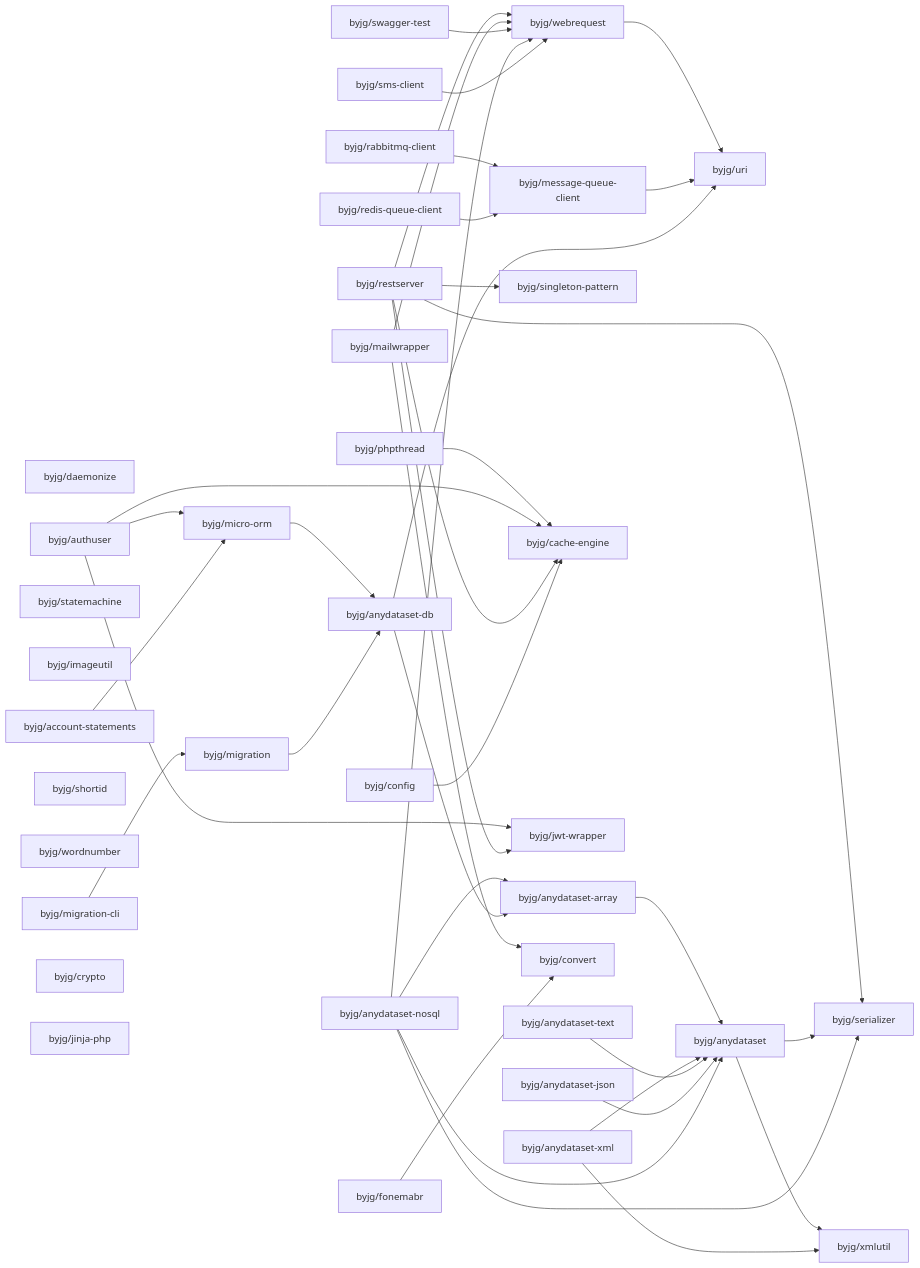
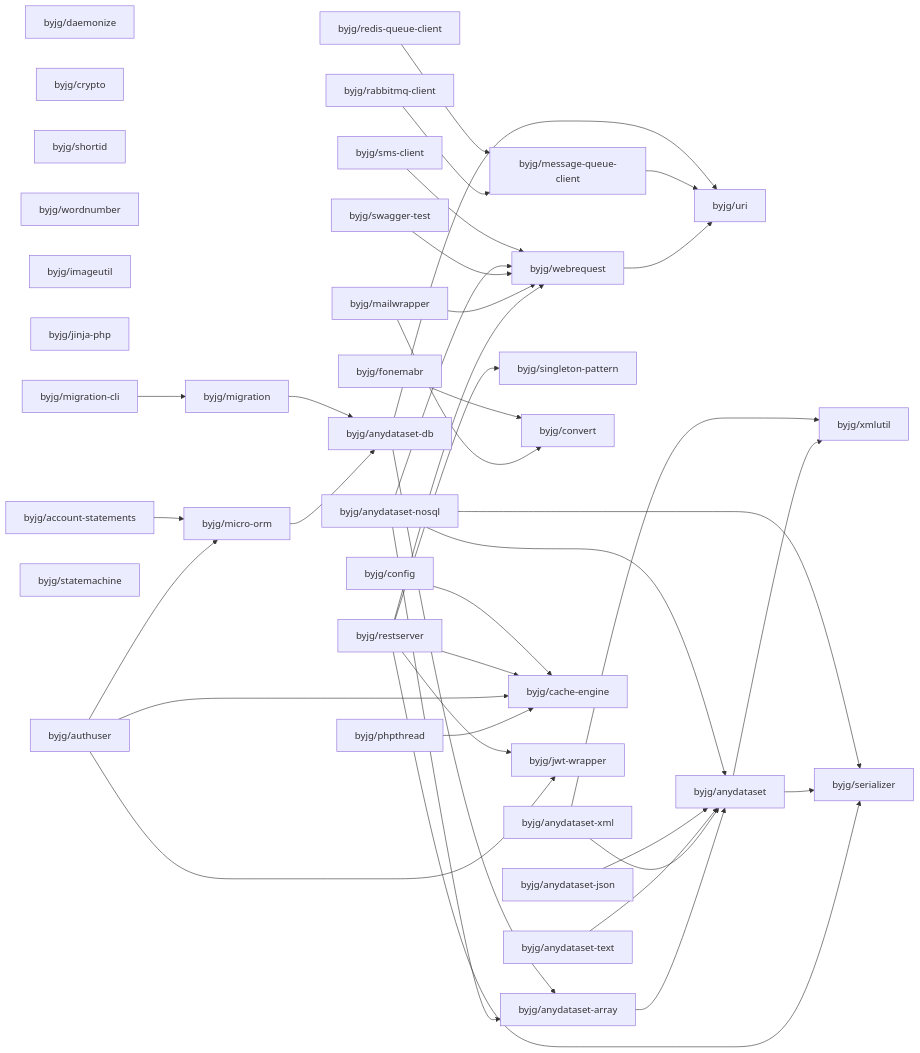
The diagram in docs/php/README.md (byjg/byjg.github.io), drawn with Mermaid before and after one commit. The commit also changed other lines of this file, not shown here.

Commit message:
Update documentation 'php' 'php-uri'

````diff
--- a/docs/php/README.md
+++ b/docs/php/README.md
@@ -3,76 +3,76 @@
 ```mermaid
 graph LR;
+  byjg/mailwrapper;
   byjg/daemonize;
   byjg/restserver;
+  byjg/fonemabr;
+  byjg/crypto;
+  byjg/shortid;
+  byjg/redis-queue-client;
+  byjg/wordnumber;
+  byjg/imageutil;
+  byjg/jinja-php;
+  byjg/sms-client;
+  byjg/phpthread;
+  byjg/swagger-test;
+  byjg/config;
+  byjg/anydataset-json;
+  byjg/anydataset-nosql;
+  byjg/anydataset-xml;
   byjg/anydataset-text;
-  byjg/mailwrapper;
-  byjg/anydataset-xml;
-  byjg/redis-queue-client;
   byjg/account-statements;
-  byjg/swagger-test;
+  byjg/migration-cli;
+  byjg/rabbitmq-client;
   byjg/statemachine;
-  byjg/imageutil;
-  byjg/config;
-  byjg/sms-client;
-  byjg/migration-cli;
-  byjg/anydataset-nosql;
-  byjg/phpthread;
-  byjg/shortid;
-  byjg/wordnumber;
   byjg/authuser;
-  byjg/crypto;
-  byjg/rabbitmq-client;
-  byjg/fonemabr;
-  byjg/anydataset-json;
-  byjg/jinja-php;
   byjg/singleton-pattern;
+  byjg/convert;
+  byjg/webrequest;
   byjg/migration;
-  byjg/webrequest;
+  byjg/message-queue-client;
   byjg/micro-orm;
   byjg/cache-engine;
   byjg/jwt-wrapper;
-  byjg/message-queue-client;
-  byjg/convert;
   byjg/anydataset-db;
   byjg/anydataset-array;
   byjg/uri;
   byjg/anydataset;
   byjg/serializer;
   byjg/xmlutil;
   byjg/phpthread --> byjg/cache-engine;
   byjg/micro-orm --> byjg/anydataset-db;
   byjg/authuser --> byjg/micro-orm;
   byjg/authuser --> byjg/cache-engine;
   byjg/authuser --> byjg/jwt-wrapper;
   byjg/anydataset-array --> byjg/anydataset;
   byjg/restserver --> byjg/serializer;
   byjg/restserver --> byjg/singleton-pattern;
   byjg/restserver --> byjg/cache-engine;
   byjg/restserver --> byjg/webrequest;
   byjg/restserver --> byjg/jwt-wrapper;
   byjg/mailwrapper --> byjg/convert;
   byjg/mailwrapper --> byjg/webrequest;
   byjg/swagger-test --> byjg/webrequest;
   byjg/migration --> byjg/anydataset-db;
   byjg/account-statements --> byjg/micro-orm;
   byjg/anydataset --> byjg/serializer;
   byjg/anydataset --> byjg/xmlutil;
   byjg/fonemabr --> byjg/convert;
   byjg/anydataset-xml --> byjg/anydataset;
   byjg/anydataset-xml --> byjg/xmlutil;
   byjg/webrequest --> byjg/uri;
   byjg/config --> byjg/cache-engine;
   byjg/migration-cli --> byjg/migration;
   byjg/anydataset-text --> byjg/anydataset;
   byjg/message-queue-client --> byjg/uri;
   byjg/anydataset-json --> byjg/anydataset;
   byjg/anydataset-nosql --> byjg/anydataset;
   byjg/anydataset-nosql --> byjg/anydataset-array;
   byjg/anydataset-nosql --> byjg/serializer;
   byjg/anydataset-nosql --> byjg/webrequest;
   byjg/anydataset-db --> byjg/anydataset-array;
   byjg/anydataset-db --> byjg/uri;
   byjg/rabbitmq-client --> byjg/message-queue-client;
   byjg/redis-queue-client --> byjg/message-queue-client;
   byjg/sms-client --> byjg/webrequest;
 ```
````
